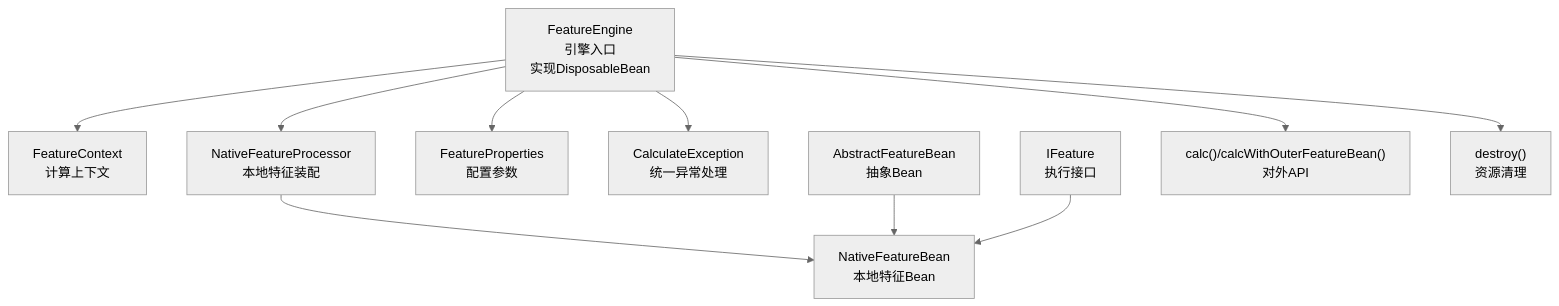
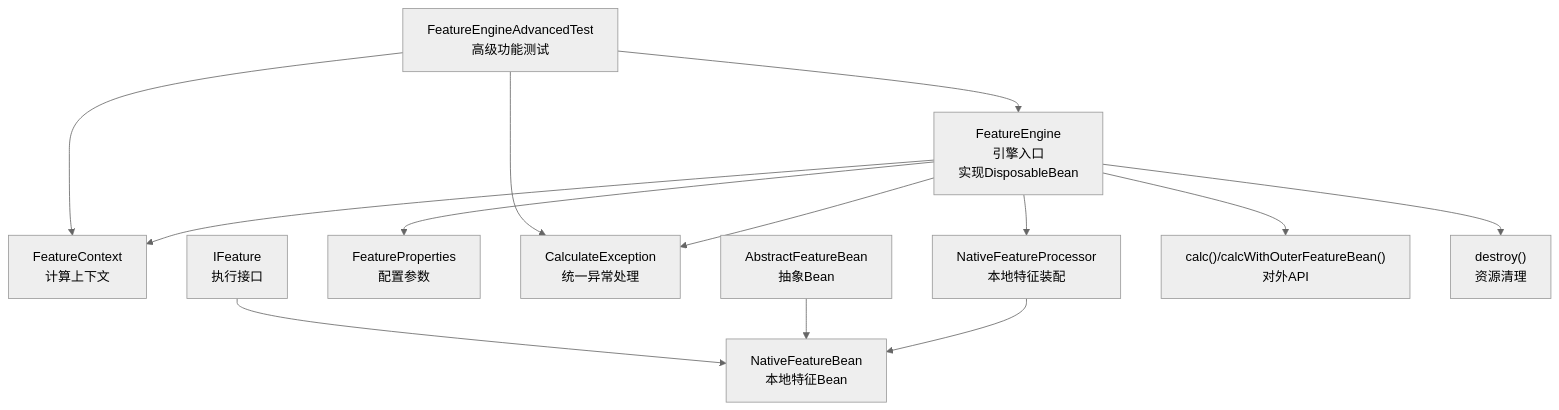
One commit to txzhanghuan/feature changed the first of 4 diagrams in .qoder/repowiki/zh/content/API参考/FeatureEngine核心API.md. Above: the diagram before and after it, drawn with Mermaid (neutral theme). The commit also changed other lines of this file and 18 other files, not shown here.

First line of the commit message:
test(feature-engine): 扩展文档与新增高级功能测试覆盖

````diff
--- a/.qoder/repowiki/zh/content/API参考/FeatureEngine核心API.md
+++ b/.qoder/repowiki/zh/content/API参考/FeatureEngine核心API.md
@@ -54,12 +58,15 @@
 ```mermaid
 graph TB
 FE["FeatureEngine<br/>引擎入口<br/>实现DisposableBean"] --> FC["FeatureContext<br/>计算上下文"]
 FE --> NFP["NativeFeatureProcessor<br/>本地特征装配"]
 FE --> FP["FeatureProperties<br/>配置参数"]
 FE --> CE["CalculateException<br/>统一异常处理"]
 NFP --> NFB["NativeFeatureBean<br/>本地特征Bean"]
 AFB["AbstractFeatureBean<br/>抽象Bean"] --> NFB
 IF["IFeature<br/>执行接口"] --> NFB
 FE --> FE2["calc()/calcWithOuterFeatureBean()<br/>对外API"]
 FE --> DC["destroy()<br/>资源清理"]
+FAT["FeatureEngineAdvancedTest<br/>高级功能测试"] --> FE
+FAT --> FC
+FAT --> CE
 ```
````
